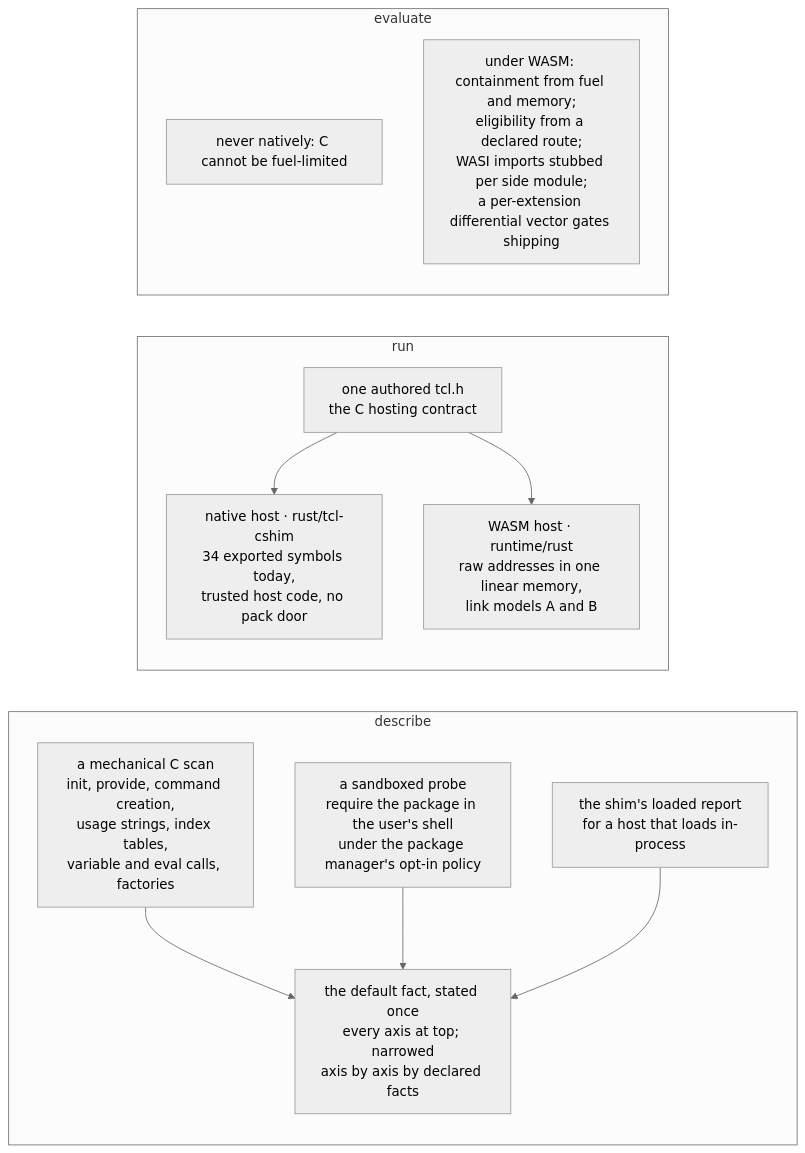
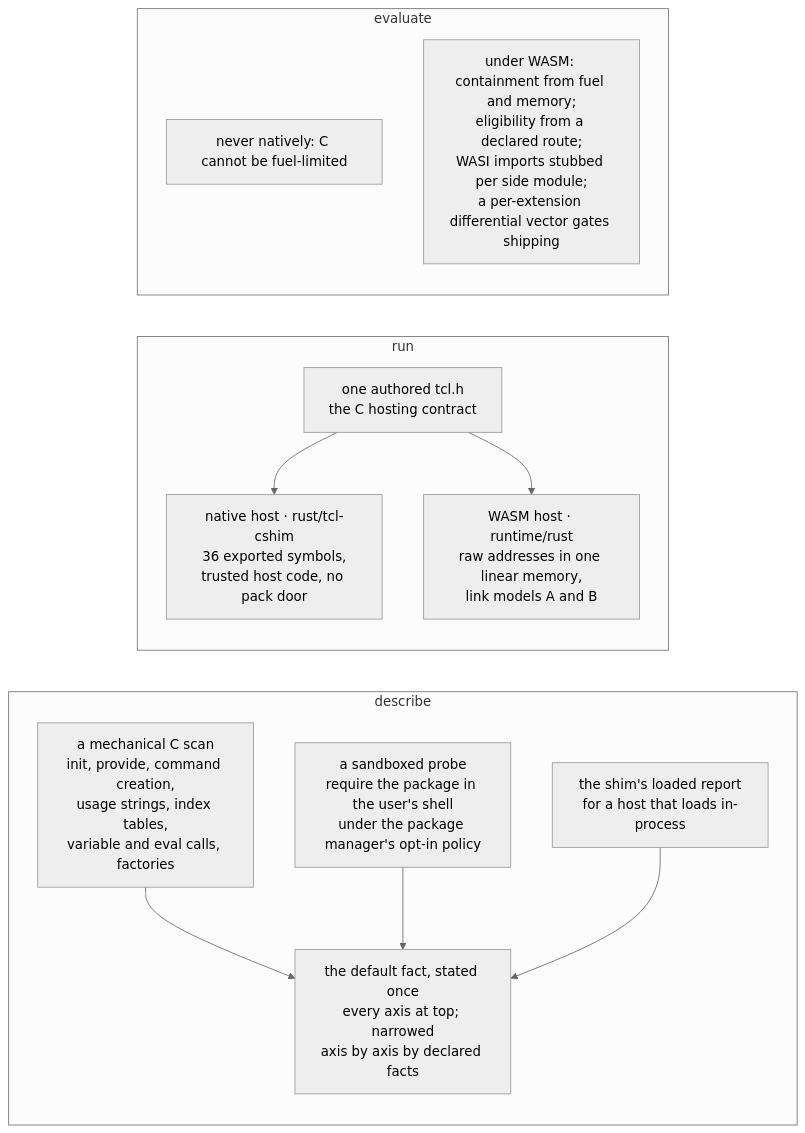
One commit to bitwisecook/tcl-lsp changed the fourth of 4 diagrams in docs/design/compiler/registry-consumer-contracts.md. Above: the diagram before and after it, drawn with Mermaid (neutral theme). The commit also changed other lines of this file and 3 other files, not shown here.

````diff
--- a/docs/design/compiler/registry-consumer-contracts.md
+++ b/docs/design/compiler/registry-consumer-contracts.md
@@ -2340,23 +2332,23 @@
 ```mermaid
 flowchart LR
     subgraph describe["describe"]
         S1["a mechanical C scan<br/>init, provide, command creation,<br/>usage strings, index tables,<br/>variable and eval calls, factories"]
         S2["a sandboxed probe<br/>require the package in the user's shell<br/>under the package manager's opt-in policy"]
         S3["the shim's loaded report<br/>for a host that loads in-process"]
         DF["the default fact, stated once<br/>every axis at top; narrowed<br/>axis by axis by declared facts"]
         S1 --> DF
         S2 --> DF
         S3 --> DF
     end
     subgraph run["run"]
         HDR["one authored tcl.h<br/>the C hosting contract"]
-        NS["native host · rust/tcl-cshim<br/>34 exported symbols today,<br/>trusted host code, no pack door"]
+        NS["native host · rust/tcl-cshim<br/>36 exported symbols,<br/>trusted host code, no pack door"]
         AB["WASM host · runtime/rust<br/>raw addresses in one linear memory,<br/>link models A and B"]
         HDR --> NS
         HDR --> AB
     end
     subgraph evaluate["evaluate"]
         FN["never natively: C cannot be fuel-limited"]
         FW["under WASM: containment from fuel and memory;<br/>eligibility from a declared route;<br/>WASI imports stubbed per side module;<br/>a per-extension differential vector gates shipping"]
     end
 ```
````
